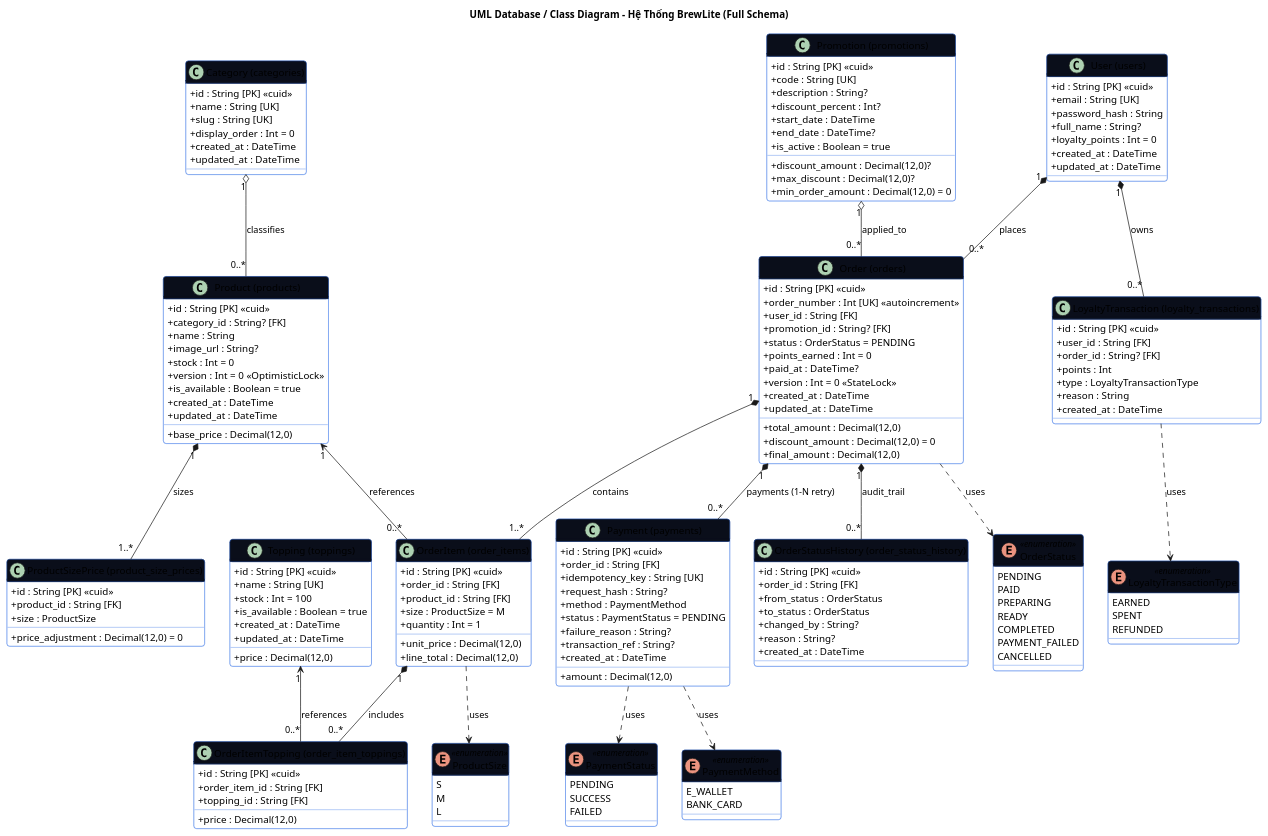
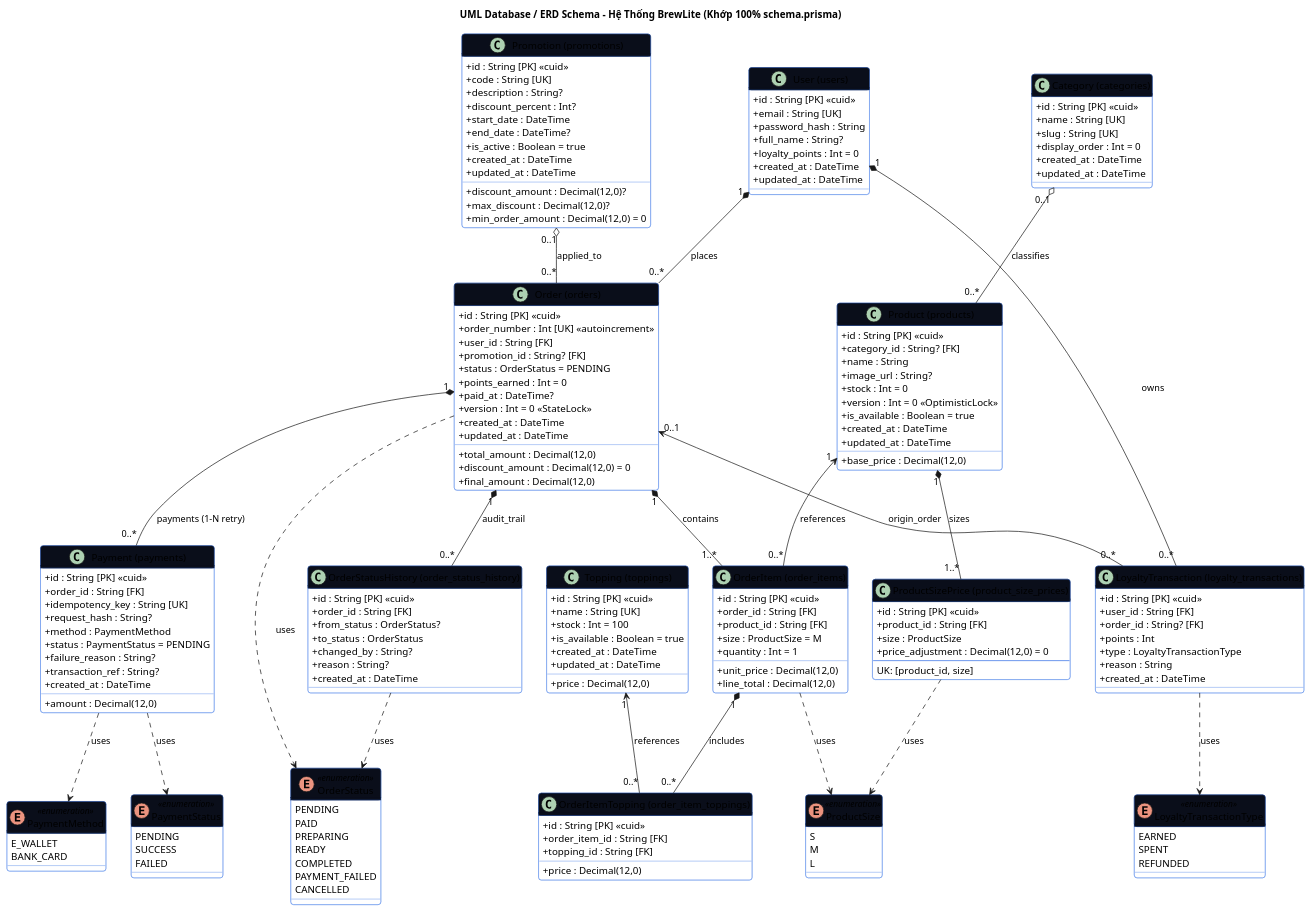
Before and after one commit to ChienPM-27/BrewLite_02: the diagram in docs/database-uml.puml, drawn with PlantUML. The commit also changed 27 other files, not shown here.

Commit message:
docs: add architecture diagrams, feature sequence diagrams, and sync database ERD

```diff
--- a/docs/database-uml.puml
+++ b/docs/database-uml.puml
@@ -1,5 +1,5 @@
 @startuml
-title UML Database / Class Diagram - Hệ Thống BrewLite (Full Schema)
+title UML Database / ERD Schema - Hệ Thống BrewLite (Khớp 100% schema.prisma)
 skinparam classAttributeIconSize 0
 skinparam packageStyle rectangle
 skinparam shadowing false
@@ -83,6 +83,8 @@
   + product_id : String [FK]
   + size : ProductSize
   + price_adjustment : Decimal(12,0) = 0
+  --
+  UK: [product_id, size]
 }
 
 class "Topping (toppings)" as Topping {
@@ -106,6 +108,8 @@
   + start_date : DateTime
   + end_date : DateTime?
   + is_active : Boolean = true
+  + created_at : DateTime
+  + updated_at : DateTime
 }
 
 class "Order (orders)" as Order {
@@ -167,30 +171,34 @@
 class "OrderStatusHistory (order_status_history)" as OrderStatusHistory {
   + id : String [PK] <<cuid>>
   + order_id : String [FK]
-  + from_status : OrderStatus
+  + from_status : OrderStatus?
   + to_status : OrderStatus
   + changed_by : String?
   + reason : String?
   + created_at : DateTime
 }
 
-' Relationships & Multiplicities
-Category "1" o-- "0..*" Product : classifies
+' Relationships & Multiplicities (Đã sửa khớp 100% schema.prisma)
+Category "0..1" o-- "0..*" Product : classifies
 Product "1" *-- "1..*" ProductSizePrice : sizes
 User "1" *-- "0..*" Order : places
 User "1" *-- "0..*" LoyaltyTransaction : owns
-Promotion "1" o-- "0..*" Order : applied_to
+Promotion "0..1" o-- "0..*" Order : applied_to
 Order "1" *-- "1..*" OrderItem : contains
 Order "1" *-- "0..*" Payment : payments (1-N retry)
 Order "1" *-- "0..*" OrderStatusHistory : audit_trail
+Order "0..1" <-- "0..*" LoyaltyTransaction : origin_order
 Product "1" <-- "0..*" OrderItem : references
 OrderItem "1" *-- "0..*" OrderItemTopping : includes
 Topping "1" <-- "0..*" OrderItemTopping : references
 
+' Enum dependencies
 Order ..> OrderStatus : uses
+OrderStatusHistory ..> OrderStatus : uses
 Payment ..> PaymentMethod : uses
 Payment ..> PaymentStatus : uses
 OrderItem ..> ProductSize : uses
+ProductSizePrice ..> ProductSize : uses
 LoyaltyTransaction ..> LoyaltyTransactionType : uses
 
 @enduml
```
